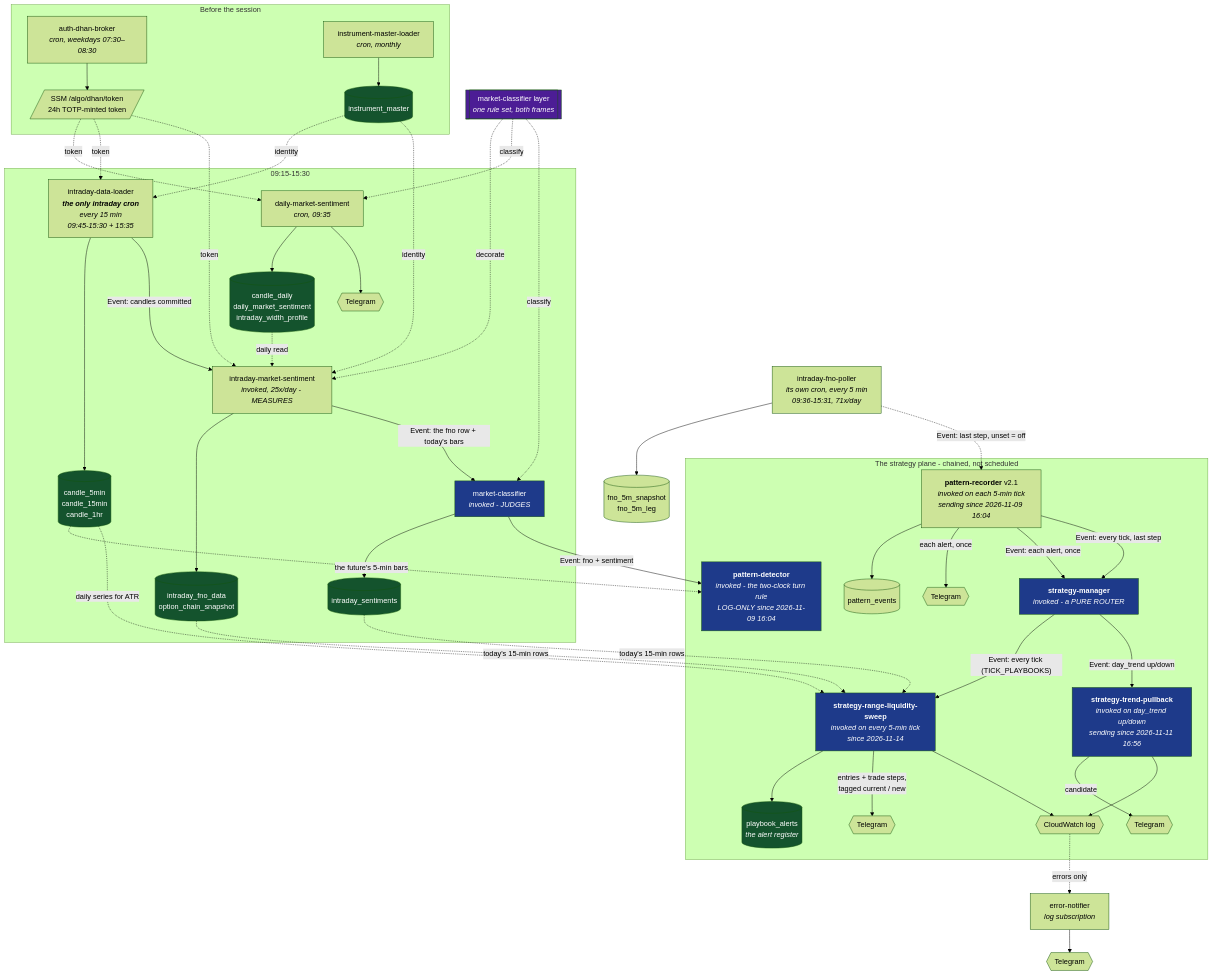
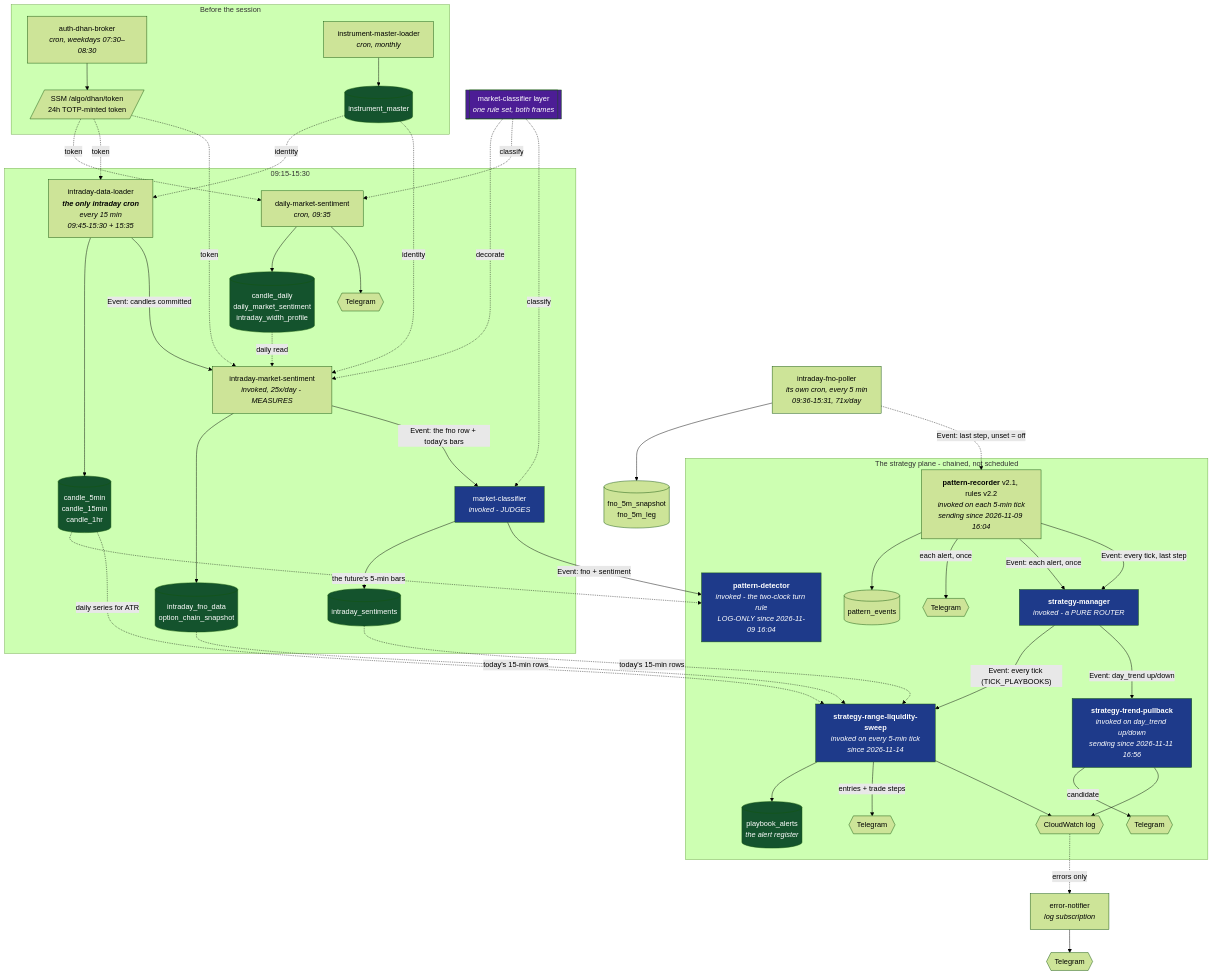
The first of 7 diagrams in docs/flow.md (amar7585/aws-algo-claude), drawn with Mermaid (forest theme) before and after one commit. The commit also changed other lines of this file and 59 other files, not shown here.

````diff
--- a/docs/flow.md
+++ b/docs/flow.md
@@ -10,74 +10,74 @@
 ```mermaid
 flowchart TD
     subgraph BEFORE["Before the session"]
         AUTH["auth-dhan-broker<br/><i>cron, weekdays 07:30–08:30</i>"] --> SSM[/"SSM /algo/dhan/token<br/>24h TOTP-minted token"/]
         LOADER["instrument-master-loader<br/><i>cron, monthly</i>"] --> IM[("instrument_master")]
     end
 
     subgraph SESSION["09:15-15:30"]
         DAILY["daily-market-sentiment<br/><i>cron, 09:35</i>"] --> DTBL[("candle_daily<br/>daily_market_sentiment<br/>intraday_width_profile")]
         DAILY --> TG1{{"Telegram"}}
 
         CANDLES["intraday-data-loader<br/><i><b>the only intraday cron</b><br/>every 15 min<br/>09:45-15:30 + 15:35</i>"] --> CTBL[("candle_5min<br/>candle_15min<br/>candle_1hr")]
 
         SENT["intraday-market-sentiment<br/><i>invoked, 25x/day - MEASURES</i>"] --> STBL[("intraday_fno_data<br/>option_chain_snapshot")]
         CLSF["market-classifier<br/><i>invoked - JUDGES</i>"] --> SENTBL[("intraday_sentiments")]
     end
 
     subgraph STRAT["The strategy plane - chained, not scheduled"]
         PD["<b>pattern-detector</b><br/><i>invoked - the two-clock turn rule<br/>LOG-ONLY since 2026-11-09 16:04</i>"]
         MGR["<b>strategy-manager</b><br/><i>invoked - a PURE ROUTER</i>"]
         SWEEP["<b>strategy-range-liquidity-sweep</b><br/><i>invoked on every 5-min tick<br/>since 2026-11-14</i>"]
         TREND["<b>strategy-trend-pullback</b><br/><i>invoked on day_trend up/down<br/>sending since 2026-11-11 16:56</i>"]
-        REC["<b>pattern-recorder</b> v2.1<br/><i>invoked on each 5-min tick<br/>sending since 2026-11-09 16:04</i>"] --> PEV[("pattern_events")]
+        REC["<b>pattern-recorder</b> v2.1, rules v2.2<br/><i>invoked on each 5-min tick<br/>sending since 2026-11-09 16:04</i>"] --> PEV[("pattern_events")]
         REC -->|"each alert, once"| TG3{{"Telegram"}}
         REC -->|"Event: each alert, once"| MGR
         REC -->|"Event: every tick, last step"| MGR
         MGR -->|"Event: every tick (TICK_PLAYBOOKS)"| SWEEP
         MGR -->|"Event: day_trend up/down"| TREND
         SWEEP --> PAL[("playbook_alerts<br/><i>the alert register</i>")]
-        SWEEP -->|"entries + trade steps,<br/>tagged current / new"| TG5{{"Telegram"}}
+        SWEEP -->|"entries + trade steps"| TG5{{"Telegram"}}
         SWEEP --> LOG{{"CloudWatch log"}}
         TREND -->|"candidate"| TG4{{"Telegram"}}
         TREND --> LOG
     end
 
     POLL["intraday-fno-poller<br/><i>its own cron, every 5 min<br/>09:36-15:31, 71x/day</i>"] --> PTBL[("fno_5m_snapshot<br/>fno_5m_leg")]
     POLL -.->|"Event: last step, unset = off"| REC
 
     CANDLES -->|"Event: candles committed"| SENT
     SENT -->|"Event: the fno row + today's bars"| CLSF
     CLSF -->|"Event: fno + sentiment"| PD
 
     SSM -.token.-> DAILY
     SSM -.token.-> CANDLES
     SSM -.token.-> SENT
     CTBL -.the future's 5-min bars.-> PD
     CTBL -.daily series for ATR.-> SWEEP
     STBL -.today's 15-min rows.-> SWEEP
     SENTBL -.today's 15-min rows.-> SWEEP
     DTBL -.daily read.-> SENT
     IM -.identity.-> CANDLES
     IM -.identity.-> SENT
 
     CLS[["market-classifier layer<br/><i>one rule set, both frames</i>"]]
     CLS -.decorate.-> SENT
     CLS -.classify.-> DAILY
     CLS -.classify.-> CLSF
     style CLS fill:#4c1d95,color:#fff
 
     ERR["error-notifier<br/><i>log subscription</i>"] --> TG2{{"Telegram"}}
     LOG -.errors only.-> ERR
 
     style STBL fill:#14532d,color:#fff
     style SENTBL fill:#14532d,color:#fff
     style CTBL fill:#14532d,color:#fff
     style DTBL fill:#14532d,color:#fff
     style IM fill:#14532d,color:#fff
     style PAL fill:#14532d,color:#fff
     style CLSF fill:#1e3a8a,color:#fff
     style PD fill:#1e3a8a,color:#fff
     style MGR fill:#1e3a8a,color:#fff
     style SWEEP fill:#1e3a8a,color:#fff
     style TREND fill:#1e3a8a,color:#fff
 ```
````
